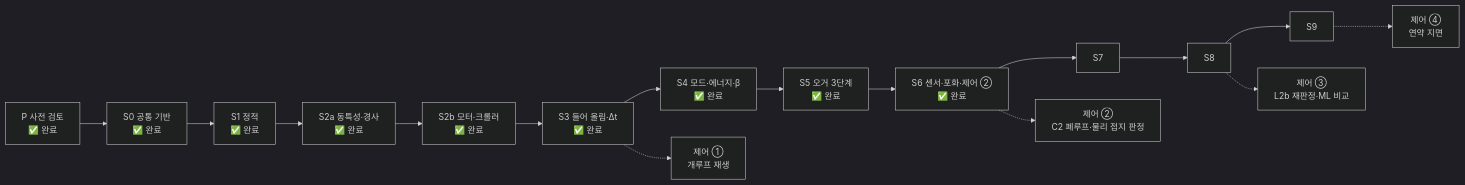
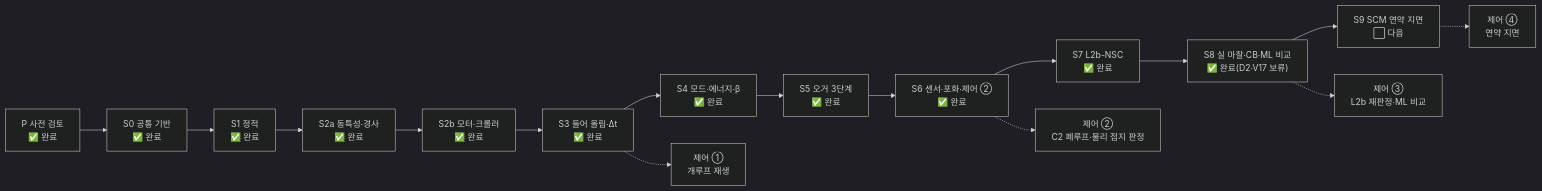
Before and after one commit to jinbeomjeong/outrigger_control: the diagram in 00_docs/00_roadmap.md, drawn with Mermaid (dark theme). The commit also changed other lines of this file and 217 other files, not shown here.

````diff
--- a/00_docs/00_roadmap.md
+++ b/00_docs/00_roadmap.md
@@ -17,10 +20,10 @@
 ```mermaid
 flowchart LR
     P["P 사전 검토<br/>✅ 완료"] --> S0["S0 공통 기반<br/>✅ 완료"]
     S0 --> S1["S1 정적<br/>✅ 완료"] --> S2a["S2a 동특성·경사<br/>✅ 완료"] --> S2b["S2b 모터·크롤러<br/>✅ 완료"] --> S3["S3 들어 올림·Δt<br/>✅ 완료"] --> S4["S4 모드·에너지·β<br/>✅ 완료"] --> S5["S5 오거 3단계<br/>✅ 완료"] --> S6["S6 센서·포화·제어 ②<br/>✅ 완료"]
-    S6 --> S7 --> S8 --> S9
+    S6 --> S7["S7 L2b-NSC<br/>✅ 완료"] --> S8["S8 실 마찰·CB·ML 비교<br/>✅ 완료(D2·V17 보류)"] --> S9["S9 SCM 연약 지면<br/>⬜ 다음"]
     S3 -.-> C1["제어 ①<br/>개루프 재생"]
     S6 -.-> C2["제어 ②<br/>C2 폐루프·물리 접지 판정"]
     S8 -.-> C3["제어 ③<br/>L2b 재판정·ML 비교"]
     S9 -.-> C4["제어 ④<br/>연약 지면"]
 ```
````
